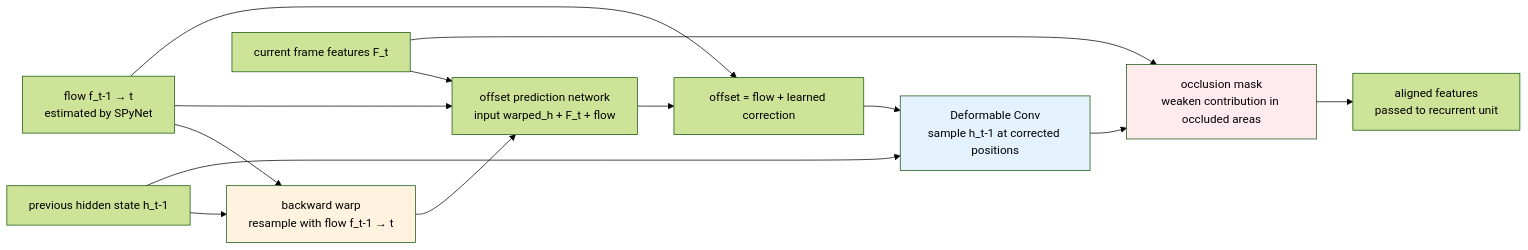
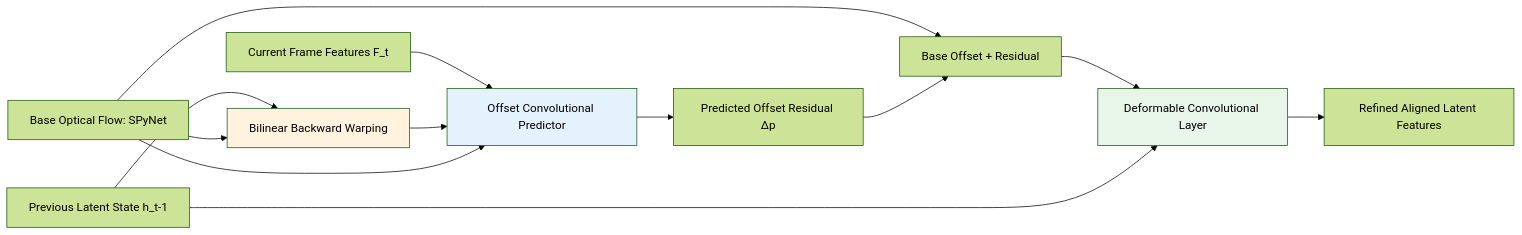
The third of 6 diagrams in en/chapters/14-video-models.md (yingwang/image-enhancement-guide), drawn with Mermaid (forest theme) before and after one commit. The commit also changed other lines of this file and 18 other files, not shown here.

````diff
--- a/en/chapters/14-video-models.md
+++ b/en/chapters/14-video-models.md
@@ -192,19 +116,18 @@
 ```mermaid
 graph LR
-    HPrev[previous hidden state h_t-1] --> Warp[backward warp<br/>resample with flow f_t-1 → t]
-    Flow[flow f_t-1 → t<br/>estimated by SPyNet] --> Warp
-    Ft[current frame features F_t] --> OffsetNet[offset prediction network<br/>input warped_h + F_t + flow]
+    HPrev[Previous Latent State h_t-1] --> Warp[Bilinear Backward Warping]
+    Flow[Base Optical Flow: SPyNet] --> Warp
+    CurrFeat[Current Frame Features F_t] --> OffsetNet[Offset Convolutional Predictor]
     Warp --> OffsetNet
     Flow --> OffsetNet
-    OffsetNet --> Sum[offset = flow + learned correction]
-    Flow --> Sum
-    Sum --> DCN[Deformable Conv<br/>sample h_t-1 at corrected positions]
+    OffsetNet --> ResidualOffset[Predicted Offset Residual Δp]
+    Flow --> Add[Base Offset + Residual]
+    ResidualOffset --> Add
+    Add --> DCN[Deformable Convolutional Layer]
     HPrev --> DCN
-    DCN --> Mask[occlusion mask<br/>weaken contribution in occluded areas]
-    Ft --> Mask
-    Mask --> Out[aligned features<br/>passed to recurrent unit]
+    DCN --> AlignedFeat[Refined Aligned Latent Features]
 
     style Warp fill:#fff3e0
-    style DCN fill:#e3f2fd
-    style Mask fill:#ffebee
+    style OffsetNet fill:#e3f2fd
+    style DCN fill:#e8f5e9
 ```
````
